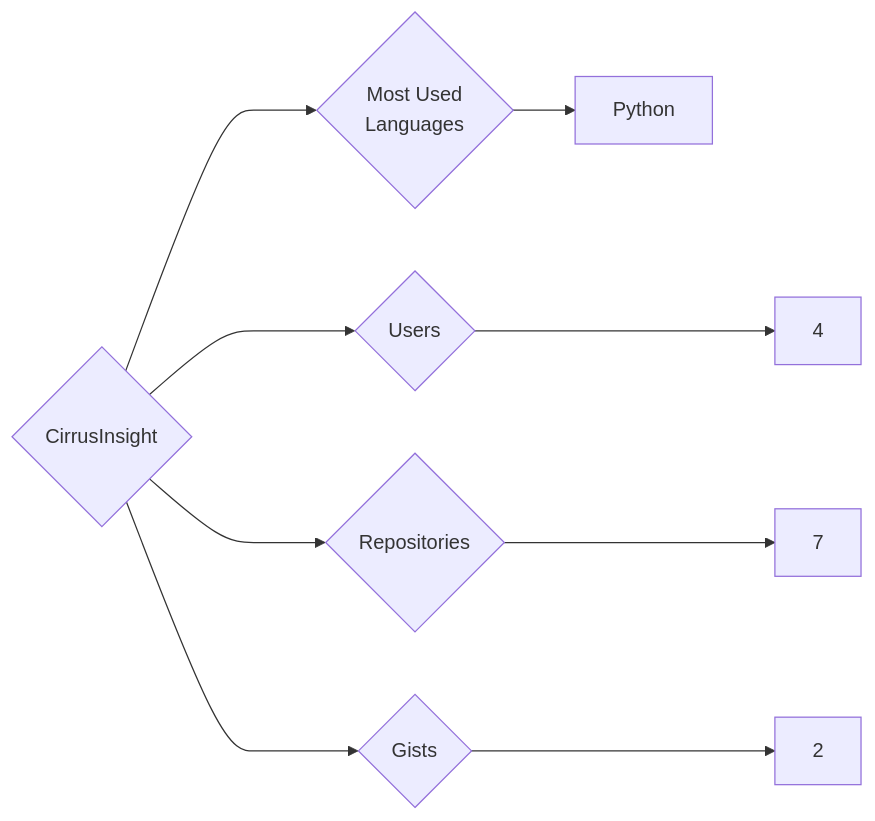
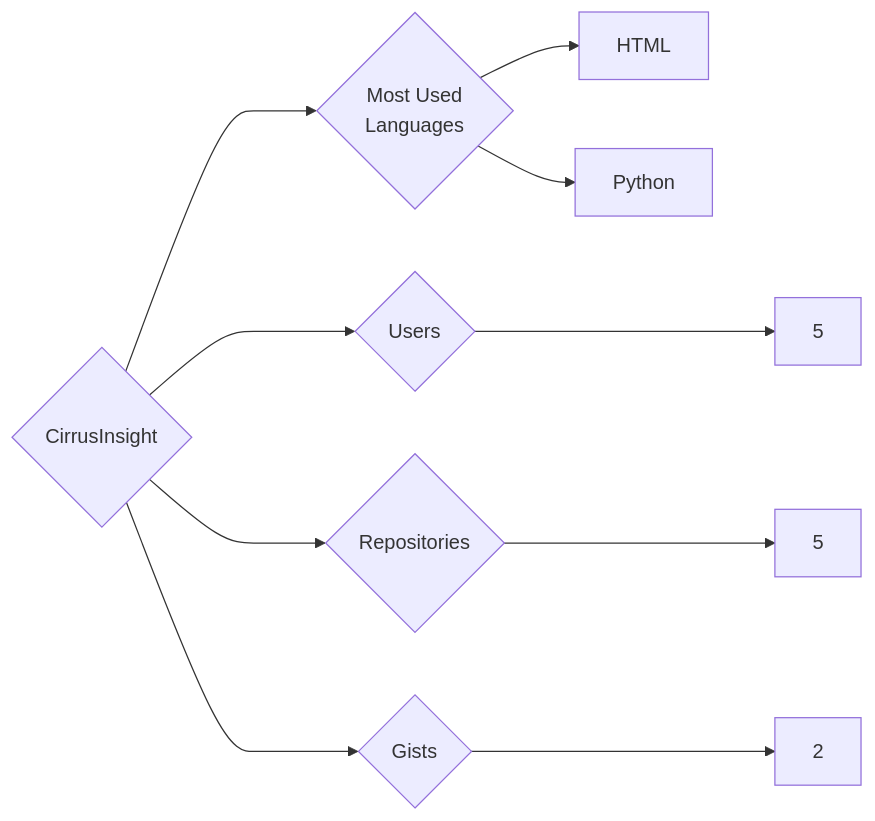
The diagram in targets/CirrusInsight/README.md (trickest/insiders), drawn with Mermaid before and after one commit. The commit also changed 1141 other files, not shown here.

````diff
--- a/targets/CirrusInsight/README.md
+++ b/targets/CirrusInsight/README.md
@@ -3,9 +3,10 @@
 ```mermaid
 graph LR
 COMPANY_NAME{CirrusInsight}
-COMPANY_NAME ---> U{Users} ---> UN[4]
-COMPANY_NAME ---> R{Repositories} ---> RN[7]
+COMPANY_NAME ---> U{Users} ---> UN[5]
+COMPANY_NAME ---> R{Repositories} ---> RN[5]
 COMPANY_NAME ---> G{Gists} ---> GN[2]
 COMPANY_NAME ---> ML{Most Used<br>Languages}
+ML --> HTML[HTML]
 ML --> Python[Python]
 ```
````
